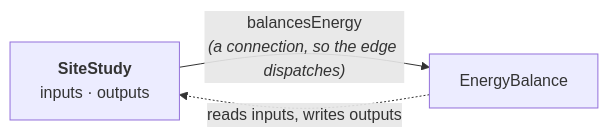
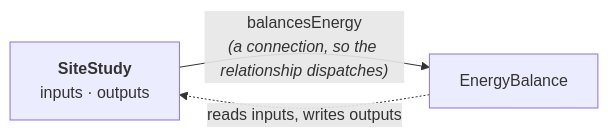
One commit to ReGen-Villages/VillageOS-API changed the second of 11 diagrams in docs/LAND_INTAKE.md. Above: the diagram before and after it, drawn with Mermaid. The commit also changed other lines of this file and 10 other files, not shown here.

First line of the commit message:
Every public document says relationship, never edge, for one

````diff
--- a/docs/LAND_INTAKE.md
+++ b/docs/LAND_INTAKE.md
@@ -155,5 +155,5 @@
 ```mermaid
 flowchart LR
-  ST["<b>SiteStudy</b><br/>inputs · outputs"] -->|"balancesEnergy<br/><i>(a connection, so the edge dispatches)</i>"| SV["EnergyBalance"]
+  ST["<b>SiteStudy</b><br/>inputs · outputs"] -->|"balancesEnergy<br/><i>(a connection, so the relationship dispatches)</i>"| SV["EnergyBalance"]
   SV -.->|"reads inputs, writes outputs"| ST
 ```
````
